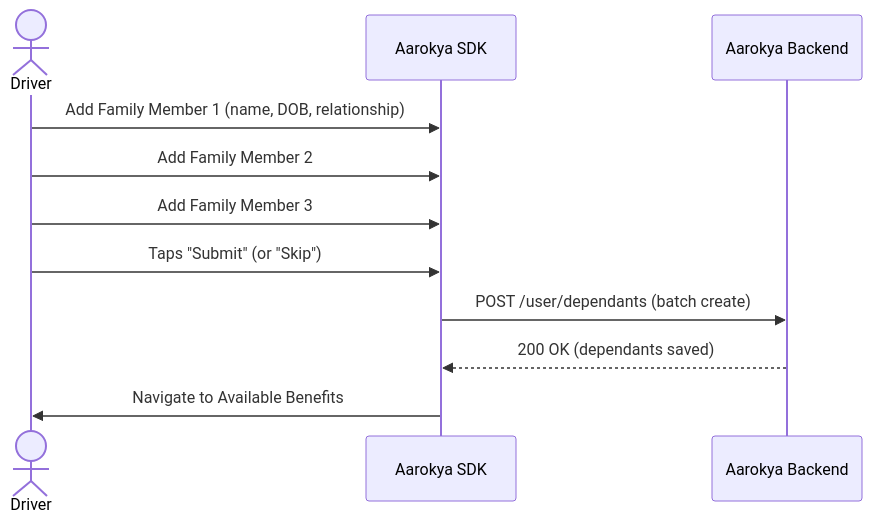
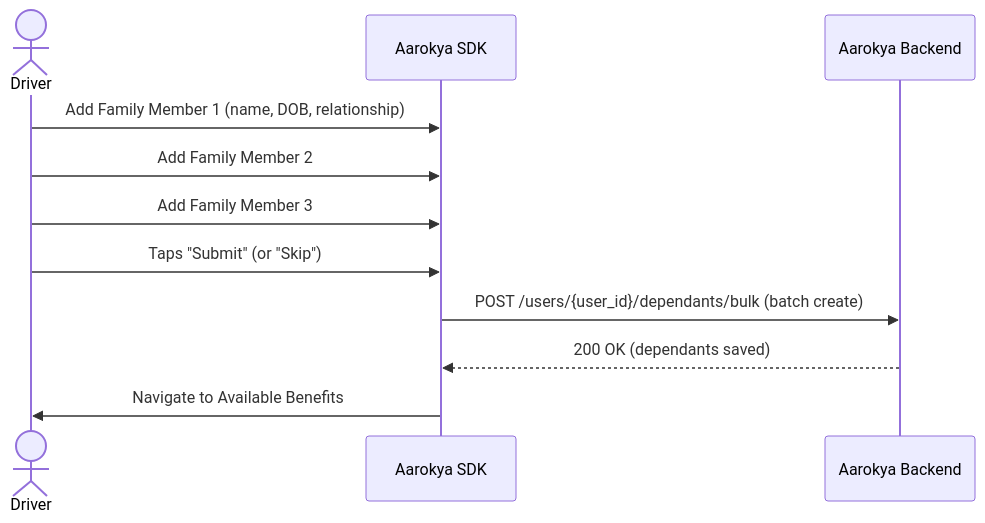
One commit to anu19981/aarokya-backend changed the third of 11 diagrams in api-reference/architecture/screen-flows.mdx. Above: the diagram before and after it, drawn with Mermaid. The commit also changed other lines of this file and 82 other files, not shown here.

Commit message:
sync: update api-reference from aarokya-agentic-app

````diff
--- a/api-reference/architecture/screen-flows.mdx
+++ b/api-reference/architecture/screen-flows.mdx
@@ -81,14 +83,14 @@
 ```mermaid
 sequenceDiagram
     actor Driver
     participant App as Aarokya SDK
     participant API as Aarokya Backend
 
     Driver->>App: Add Family Member 1 (name, DOB, relationship)
     Driver->>App: Add Family Member 2
     Driver->>App: Add Family Member 3
     Driver->>App: Taps "Submit" (or "Skip")
-    App->>API: POST /user/dependants (batch create)
+    App->>API: POST /users/{user_id}/dependants/bulk (batch create)
     API-->>App: 200 OK (dependants saved)
     App->>Driver: Navigate to Available Benefits
 ```
````
